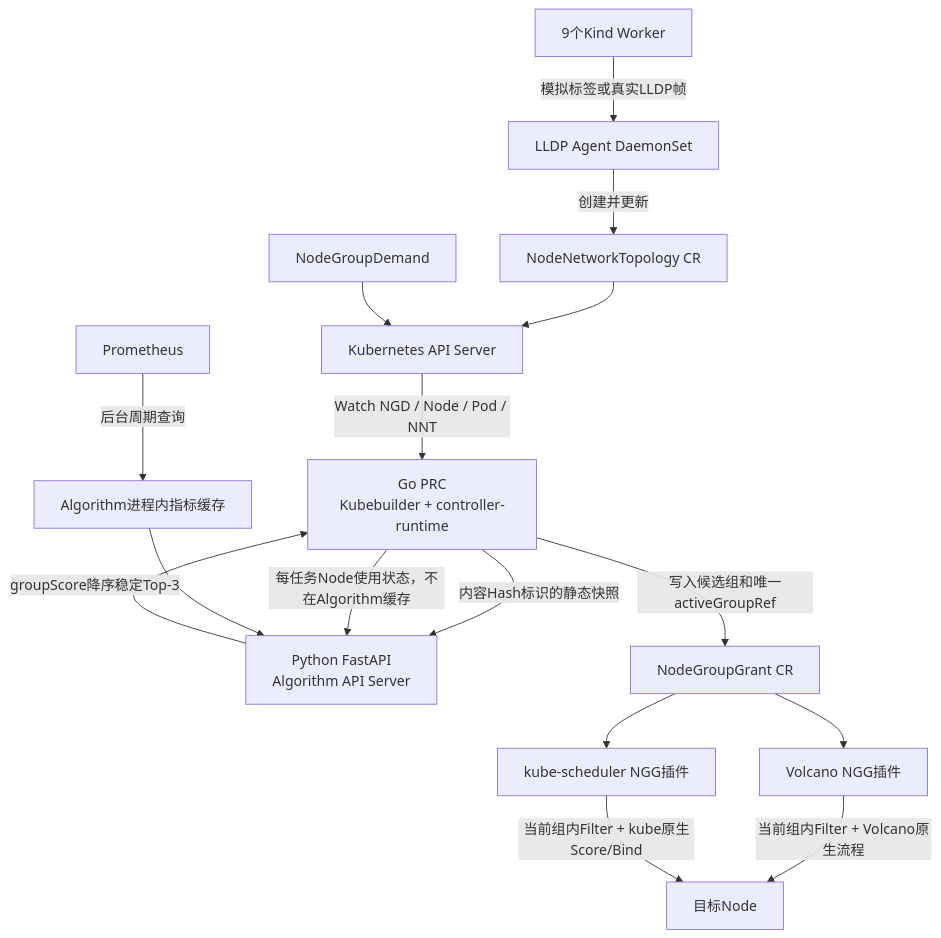
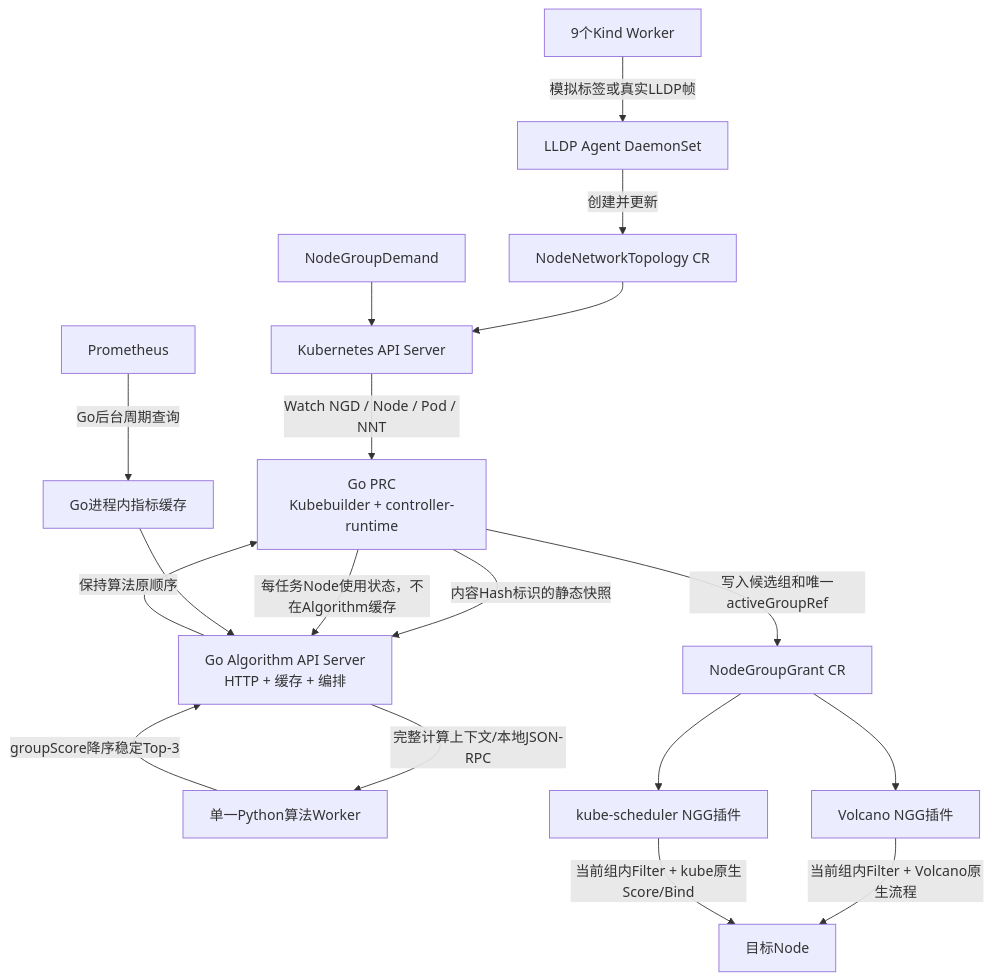
One commit to ghwdsl-38/ngd-ngg-scheduling changed the diagram in README.md. Above: the diagram before and after it, drawn with Mermaid. The commit also changed other lines of this file and 23 other files, not shown here.

````diff
--- a/README.md
+++ b/README.md
@@ -13,18 +13,20 @@
 ```mermaid
 flowchart TB
     NODE[9个Kind Worker] -->|模拟标签或真实LLDP帧| LLDP[LLDP Agent DaemonSet]
     LLDP -->|创建并更新| NNT[NodeNetworkTopology CR]
     KAPI[Kubernetes API Server] -->|Watch NGD / Node / Pod / NNT| PRC[Go PRC<br/>Kubebuilder + controller-runtime]
     NNT --> KAPI
     NGD[NodeGroupDemand] --> KAPI
-    PRC -->|内容Hash标识的静态快照| ALG[Python FastAPI<br/>Algorithm API Server]
+    PRC -->|内容Hash标识的静态快照| ALG[Go Algorithm API Server<br/>HTTP + 缓存 + 编排]
     PRC -->|每任务Node使用状态，不在Algorithm缓存| ALG
-    PROM[Prometheus] -->|后台周期查询| CACHE[Algorithm进程内指标缓存]
+    PROM[Prometheus] -->|Go后台周期查询| CACHE[Go进程内指标缓存]
     CACHE --> ALG
-    ALG -->|groupScore降序稳定Top-3| PRC
+    ALG -->|完整计算上下文/本地JSON-RPC| PY[单一Python算法Worker]
+    PY -->|groupScore降序稳定Top-3| ALG
+    ALG -->|保持算法原顺序| PRC
     PRC -->|写入候选组和唯一activeGroupRef| NGG[NodeGroupGrant CR]
     NGG --> V[Volcano NGG插件]
     NGG --> K[kube-scheduler NGG插件]
     V -->|当前组内Filter + Volcano原生流程| TARGET[目标Node]
     K -->|当前组内Filter + kube原生Score/Bind| TARGET
 ```
````
